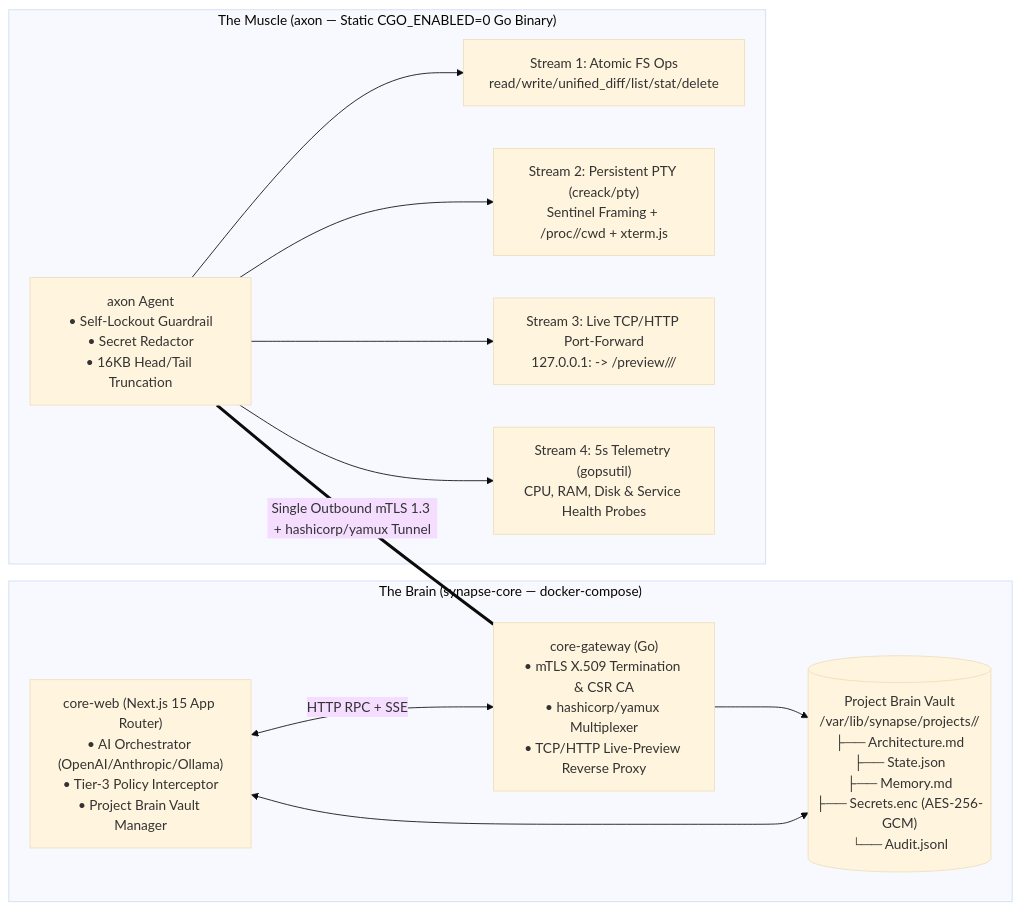
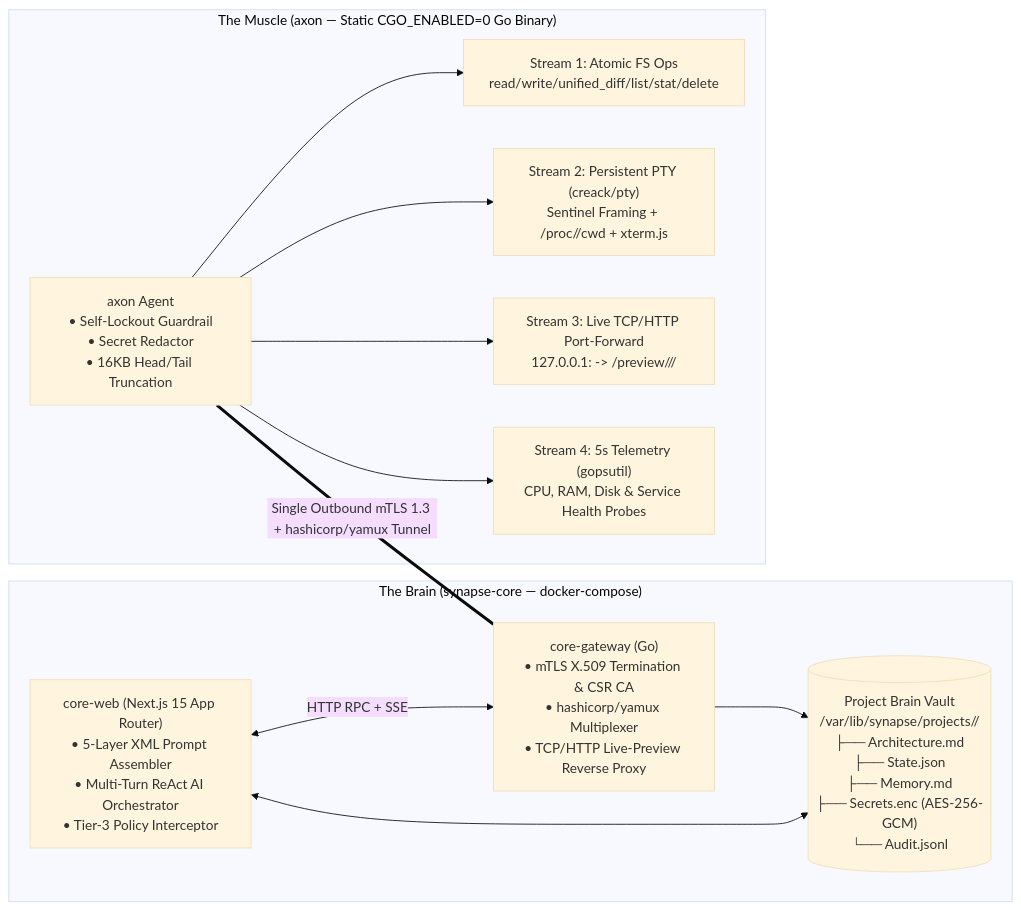
The diagram in README.md (SolidStateNetwork/Synapse), drawn with Mermaid (base theme) before and after one commit. The commit also changed other lines of this file and 6 other files, not shown here.

Commit message:
chore(release): add multi-arch GitHub Release pipeline, open-source docs, and v0.1.0 metadata

````diff
--- a/README.md
+++ b/README.md
@@ -11,25 +27,25 @@
 ```mermaid
 flowchart LR
     subgraph Core["The Brain (synapse-core — docker-compose)"]
-        CW["core-web (Next.js 15 App Router)\n• AI Orchestrator (OpenAI/Anthropic/Ollama)\n• Tier-3 Policy Interceptor\n• Project Brain Vault Manager"]
+        CW["core-web (Next.js 15 App Router)\n• 5-Layer XML Prompt Assembler\n• Multi-Turn ReAct AI Orchestrator\n• Tier-3 Policy Interceptor"]
         CG["core-gateway (Go)\n• mTLS X.509 Termination & CSR CA\n• hashicorp/yamux Multiplexer\n• TCP/HTTP Live-Preview Reverse Proxy"]
         Vault[("Project Brain Vault\n/var/lib/synapse/projects/<project_id>/\n├── Architecture.md\n├── State.json\n├── Memory.md\n├── Secrets.enc (AES-256-GCM)\n└── Audit.jsonl")]
         CW <-->|"HTTP RPC + SSE"| CG
         CW <--> Vault
         CG --> Vault
     end
 
     subgraph Muscle["The Muscle (axon — Static CGO_ENABLED=0 Go Binary)"]
         AX["axon Agent\n• Self-Lockout Guardrail\n• Secret Redactor\n• 16KB Head/Tail Truncation"]
         S1["Stream 1: Atomic FS Ops\nread/write/unified_diff/list/stat/delete"]
         S2["Stream 2: Persistent PTY (creack/pty)\nSentinel Framing + /proc/<pid>/cwd + xterm.js"]
         S3["Stream 3: Live TCP/HTTP Port-Forward\n127.0.0.1:<port> -> /preview/<proj>/<node>/<port>"]
         S4["Stream 4: 5s Telemetry (gopsutil)\nCPU, RAM, Disk & Service Health Probes"]
         AX --> S1
         AX --> S2
         AX --> S3
         AX --> S4
     end
 
     AX ===|"Single Outbound mTLS 1.3 + hashicorp/yamux Tunnel"| CG
 ```
````
